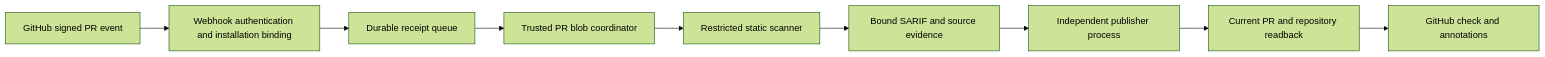
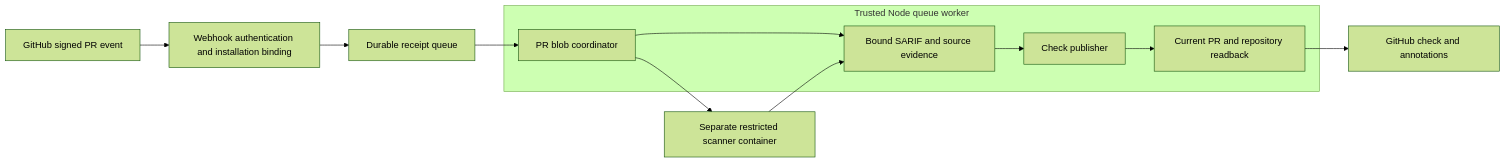
Before and after one commit to jayekwere/reviewshield: the diagram in docs/architecture.md, drawn with Mermaid (forest theme). The commit also changed other lines of this file and 9 other files, not shown here.

````diff
--- a/docs/architecture.md
+++ b/docs/architecture.md
@@ -5,11 +5,14 @@
 ```mermaid
 flowchart LR
   G[GitHub signed PR event] --> R[Webhook authentication and installation binding]
   R --> Q[Durable receipt queue]
-  Q --> C[Trusted PR blob coordinator]
-  C --> W[Restricted static scanner]
-  W --> A[Bound SARIF and source evidence]
-  A --> P[Independent publisher process]
-  P --> V[Current PR and repository readback]
+  subgraph Trusted Node queue worker
+    C[PR blob coordinator] --> A[Bound SARIF and source evidence]
+    A --> P[Check publisher]
+    P --> V[Current PR and repository readback]
+  end
+  Q --> C
+  C --> W[Separate restricted scanner container]
+  W --> A
   V --> K[GitHub check and annotations]
 ```
````
